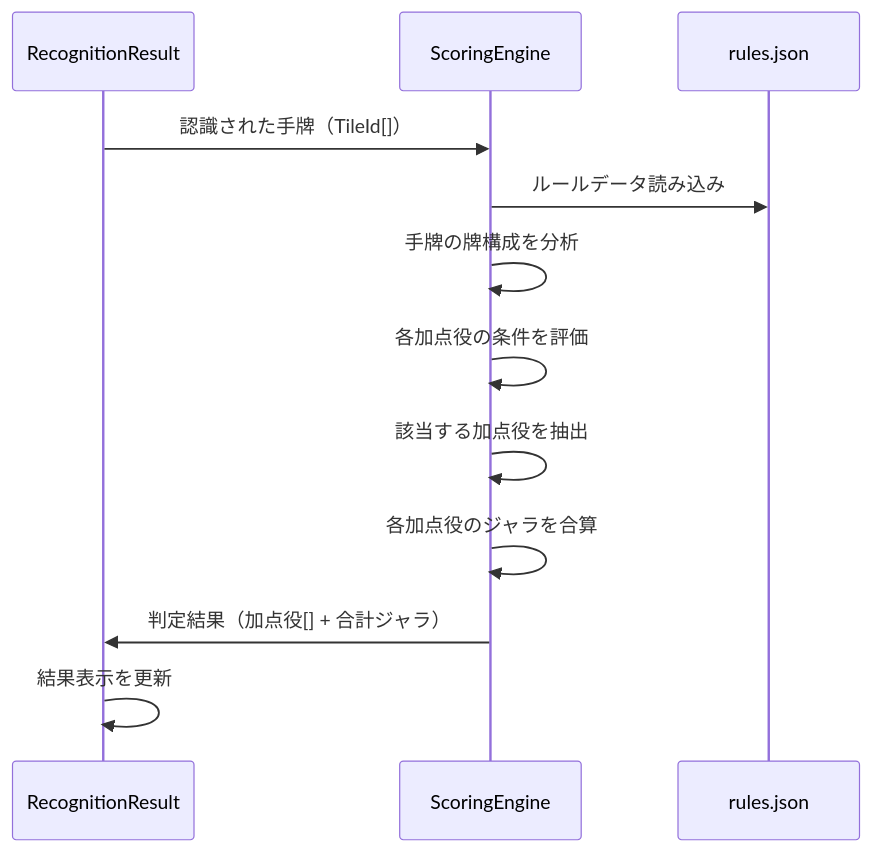
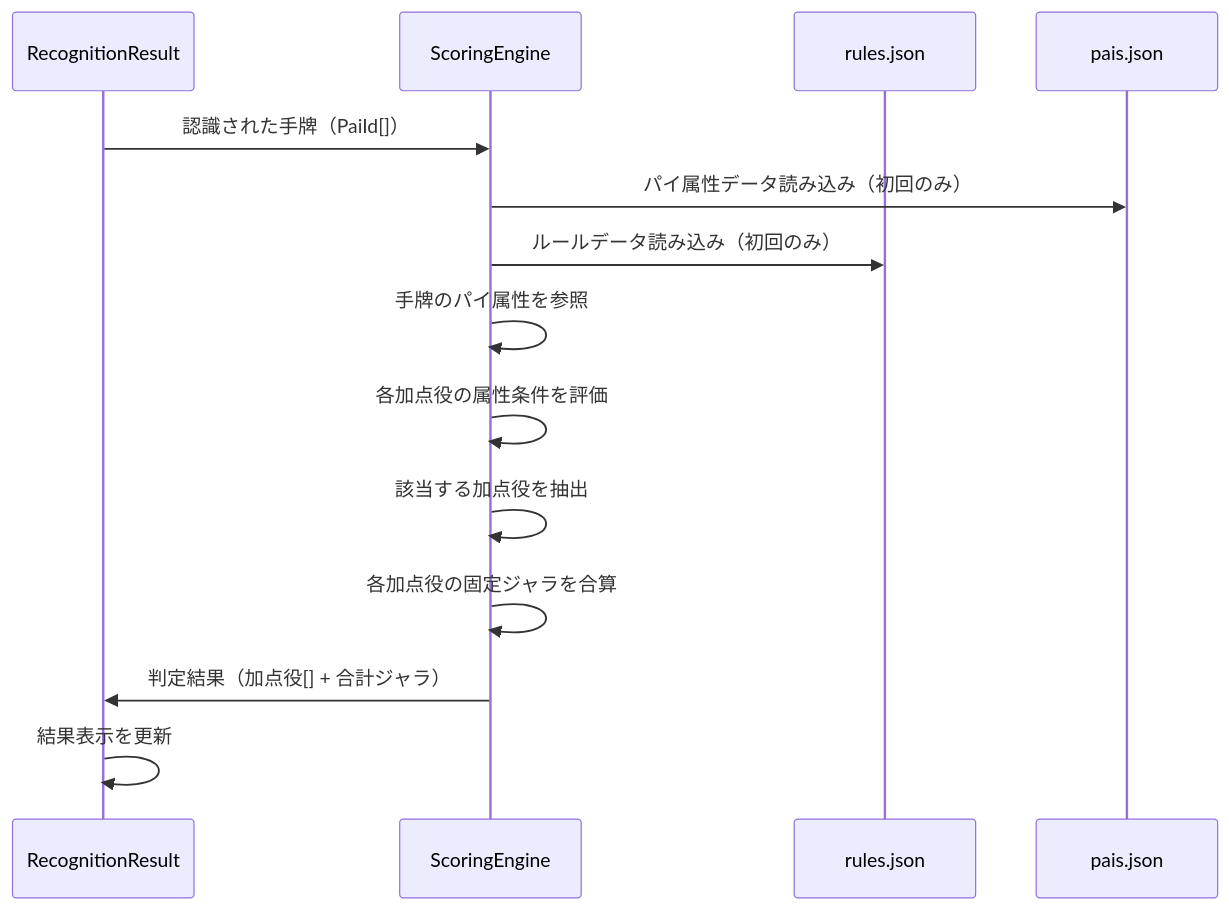
One commit to shokkunrf/nanjara changed the fourth of 9 diagrams in docs/design/pie-recognition/dataflow.md. Above: the diagram before and after it, drawn with Mermaid. The commit also changed other lines of this file and 3 other files, not shown here.

````diff
--- a/docs/design/pie-recognition/dataflow.md
+++ b/docs/design/pie-recognition/dataflow.md
@@ -119,15 +133,17 @@
 ```mermaid
 sequenceDiagram
     participant RR as RecognitionResult
     participant SE as ScoringEngine
     participant Rules as rules.json
+    participant Pais as pais.json
 
-    RR->>SE: 認識された手牌（TileId[]）
-    SE->>Rules: ルールデータ読み込み
-    SE->>SE: 手牌の牌構成を分析
-    SE->>SE: 各加点役の条件を評価
+    RR->>SE: 認識された手牌（PaiId[]）
+    SE->>Pais: パイ属性データ読み込み（初回のみ）
+    SE->>Rules: ルールデータ読み込み（初回のみ）
+    SE->>SE: 手牌のパイ属性を参照
+    SE->>SE: 各加点役の属性条件を評価
     SE->>SE: 該当する加点役を抽出
-    SE->>SE: 各加点役のジャラを合算
+    SE->>SE: 各加点役の固定ジャラを合算
     SE->>RR: 判定結果（加点役[] + 合計ジャラ）
     RR->>RR: 結果表示を更新
 ```
````
